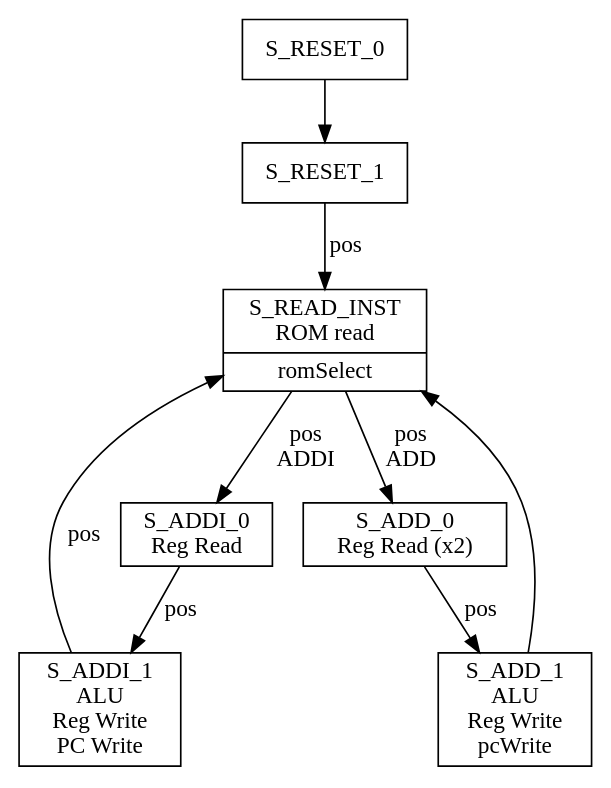
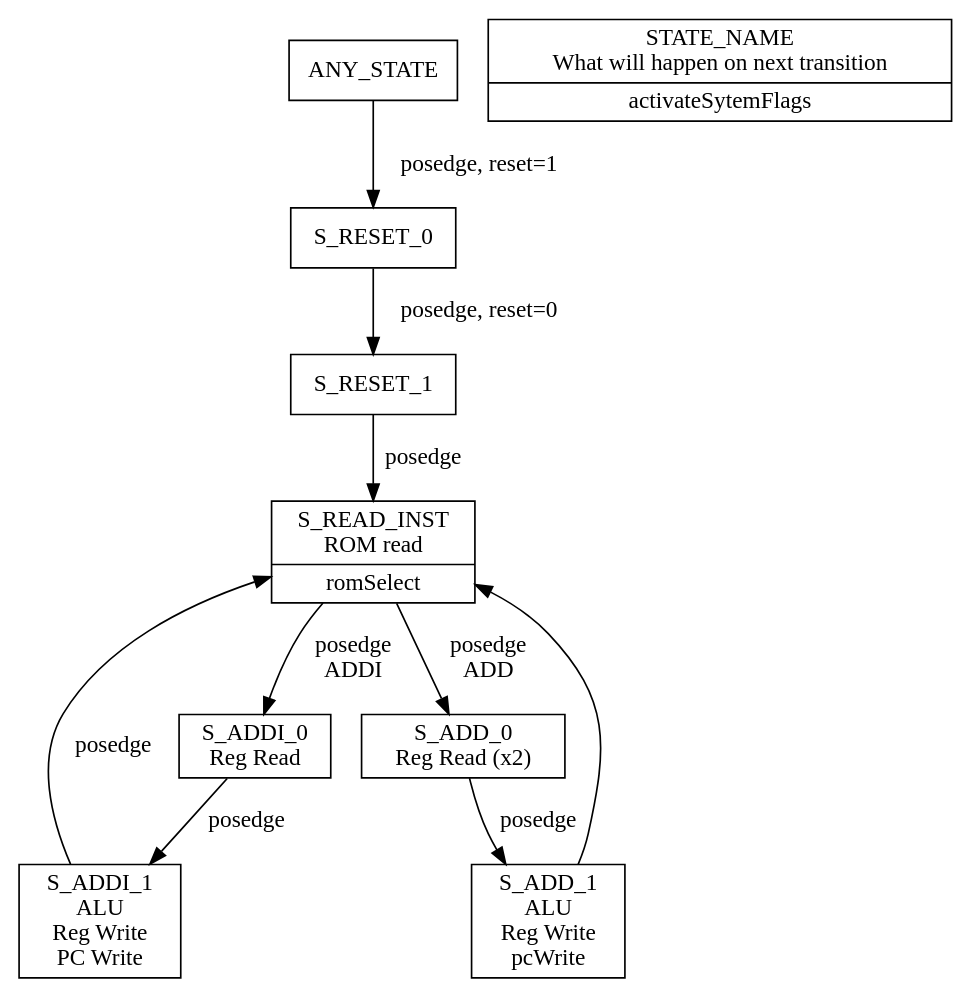
One commit to gustavonmartins/arisco changed the diagram in rtl/fsm.dot. Above: the diagram before and after it, drawn with Graphviz. The commit also changed 13 other files, not shown here.

```diff
--- a/rtl/fsm.dot
+++ b/rtl/fsm.dot
@@ -1,33 +1,37 @@
 digraph FSM {
     rankdir=TB;
     //splines=polyline;
     //graph [pad=".75", ranksep="1", nodesep="1.0"];
     node [shape=record];
 
     S_READ_INST[label="{{S_READ_INST \n ROM read}| romSelect}"];
     ///SReadInstr[label="{{Analyse Instr \n SReadInstr}|}"];
 
+    ANY_STATE -> S_RESET_0[label="posedge, reset=1"];
+    
     S_RESET_0;
-    S_RESET_0 -> S_RESET_1;
+    S_RESET_0 -> S_RESET_1[label="posedge, reset=0"];
 
-    S_RESET_1 -> S_READ_INST[label="pos"]
+    S_RESET_1 -> S_READ_INST[label="posedge"]
 
 
     S_ADDI_0[label="S_ADDI_0 \n Reg Read"];
     S_ADDI_1[label="S_ADDI_1 \n ALU \n Reg Write \n PC Write"];
-    S_ADDI_0 -> S_ADDI_1[label="pos"]
+    S_ADDI_0 -> S_ADDI_1[label="posedge"]
 
-    S_ADD_0 -> S_ADD_1[label="pos"]
+    S_ADD_0 -> S_ADD_1[label="posedge"]
     S_ADD_1 -> S_READ_INST
 
     S_ADD_0[label="S_ADD_0 \n Reg Read (x2)"];
     S_ADD_1[label="S_ADD_1 \n ALU \nReg Write \n pcWrite"];
 
-    S_READ_INST -> S_ADDI_0[label="pos \n ADDI"];
-    S_READ_INST -> S_ADD_0[label="pos \n ADD"]
+    S_READ_INST -> S_ADDI_0[label="posedge \n ADDI"];
+    S_READ_INST -> S_ADD_0[label="posedge \n ADD"]
 
     
-    S_ADDI_1 -> S_READ_INST[label="pos"];
+    S_ADDI_1 -> S_READ_INST[label="posedge"];
+
+    Legend[label="{{STATE_NAME \n What will happen on next transition}| activateSytemFlags}"];
 
     //S_READ_INST -> SReadInstr[label="negedge" constraint=false];
     }
```
